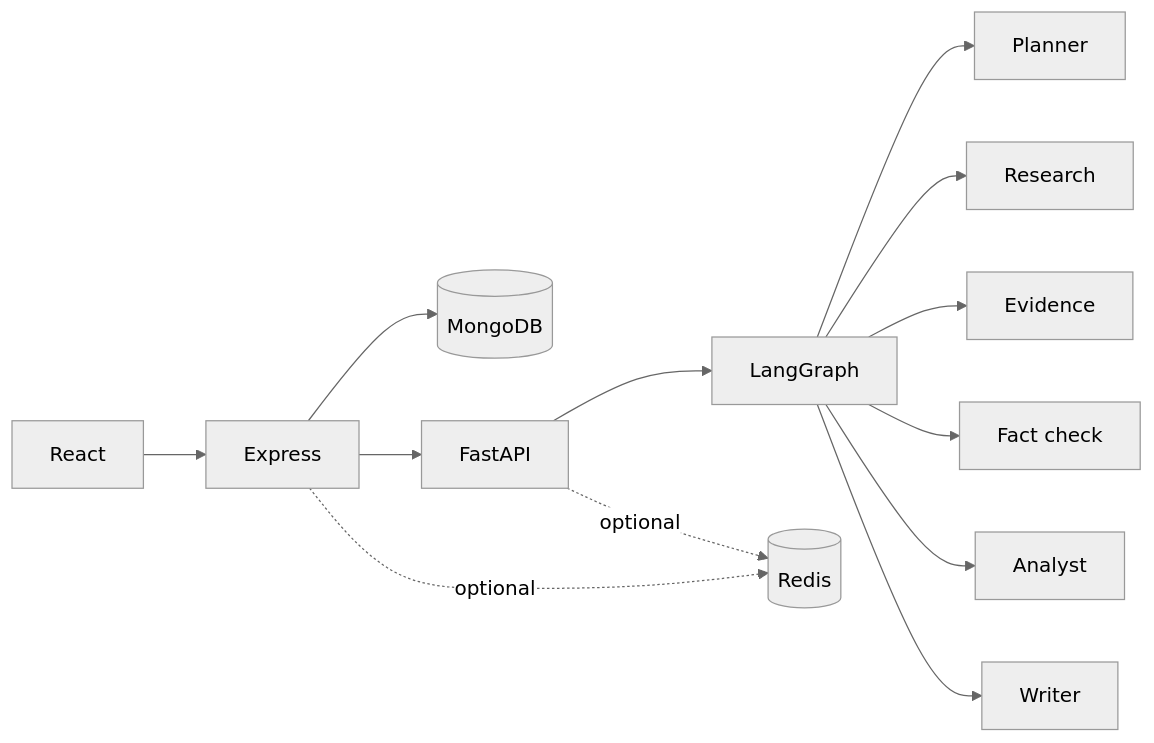
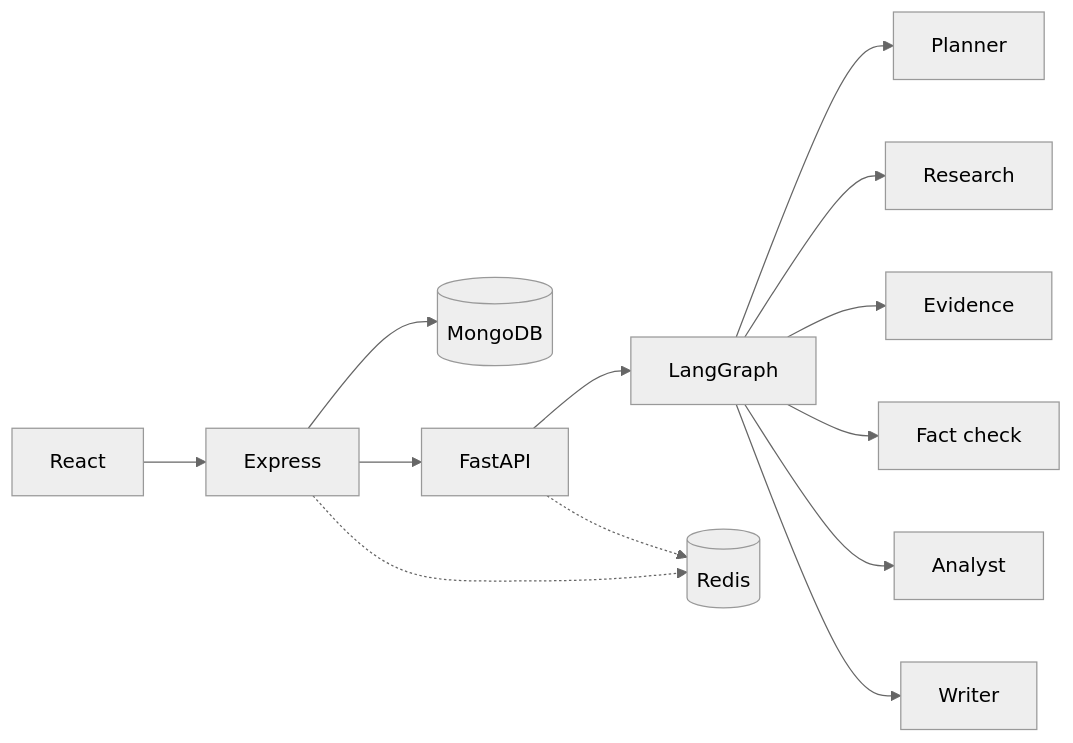
One commit to DROP5136/ResearchX changed the diagram in README.md. Above: the diagram before and after it, drawn with Mermaid (neutral theme). The commit also changed other lines of this file and 43 other files, not shown here.

````diff
--- a/README.md
+++ b/README.md
@@ -13,15 +9,15 @@
 ```mermaid
 flowchart LR
   Web[React] --> Express
   Express --> Mongo[(MongoDB)]
   Express --> AI[FastAPI]
   AI --> LG[LangGraph]
   LG --> P[Planner]
   LG --> R[Research]
   LG --> E[Evidence]
   LG --> F[Fact check]
   LG --> A[Analyst]
   LG --> W[Writer]
-  Express -. optional .-> Redis[(Redis)]
-  AI -. optional .-> Redis
+  Express -.-> Redis[(Redis)]
+  AI -.-> Redis
 ```
````
